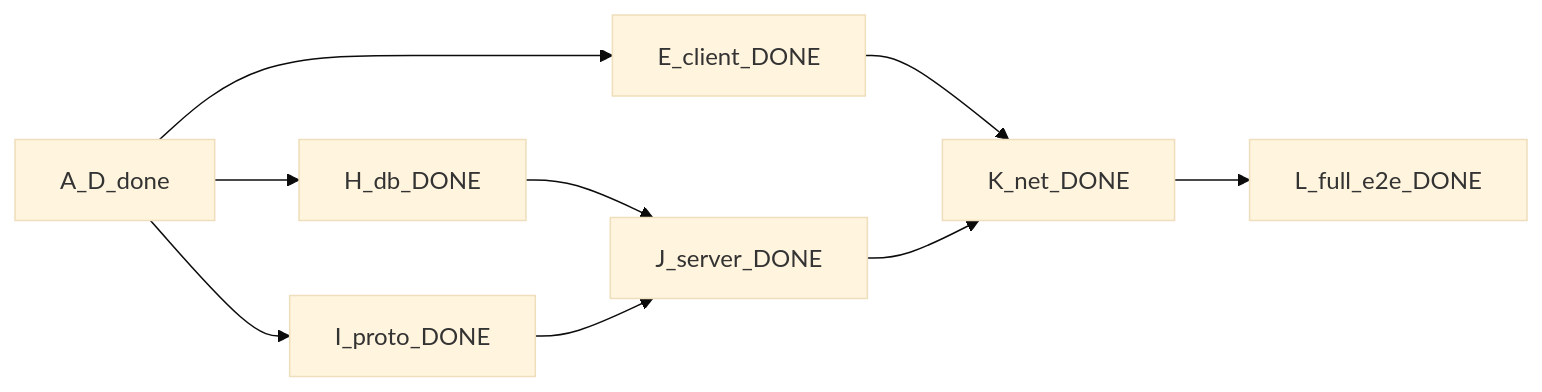
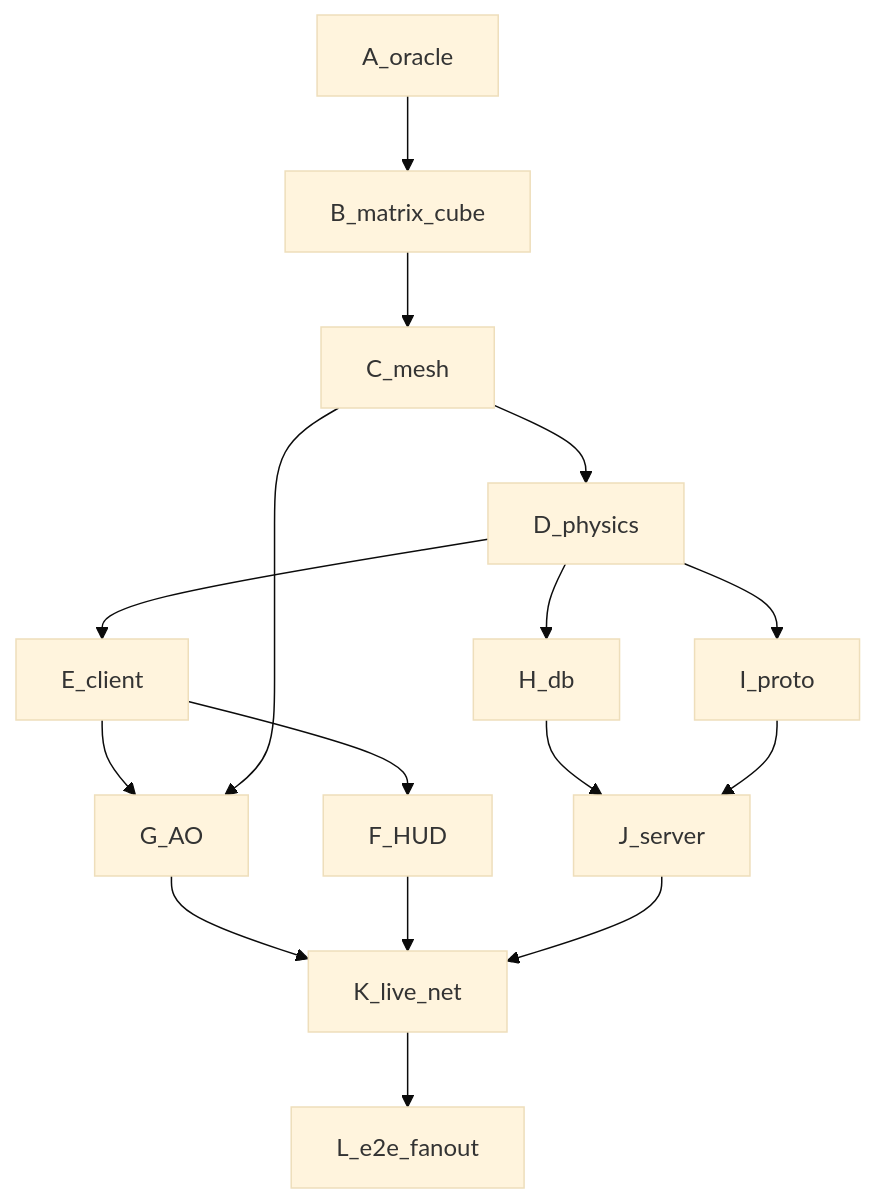
One commit to zozo123/Craft changed the diagram in rust/COST_TRACE.md. Above: the diagram before and after it, drawn with Mermaid (base theme). The commit also changed other lines of this file and 8 other files, not shown here.

````diff
--- a/rust/COST_TRACE.md
+++ b/rust/COST_TRACE.md
@@ -30,12 +11,18 @@
 ```mermaid
-flowchart LR
-  done[A_D_done]
-  done --> E[E_client_DONE]
-  done --> H[H_db_DONE]
-  done --> I[I_proto_DONE]
-  H --> J[J_server_DONE]
+flowchart TD
+  A[A_oracle] --> B[B_matrix_cube]
+  B --> C[C_mesh]
+  C --> D[D_physics]
+  D --> E[E_client]
+  D --> H[H_db]
+  D --> I[I_proto]
+  H --> J[J_server]
   I --> J
-  E --> K[K_net_DONE]
+  E --> G[G_AO]
+  C --> G
+  E --> F[F_HUD]
+  G --> K[K_live_net]
+  F --> K
   J --> K
-  K --> L[L_full_e2e_DONE]
+  K --> L[L_e2e_fanout]
 ```
````
